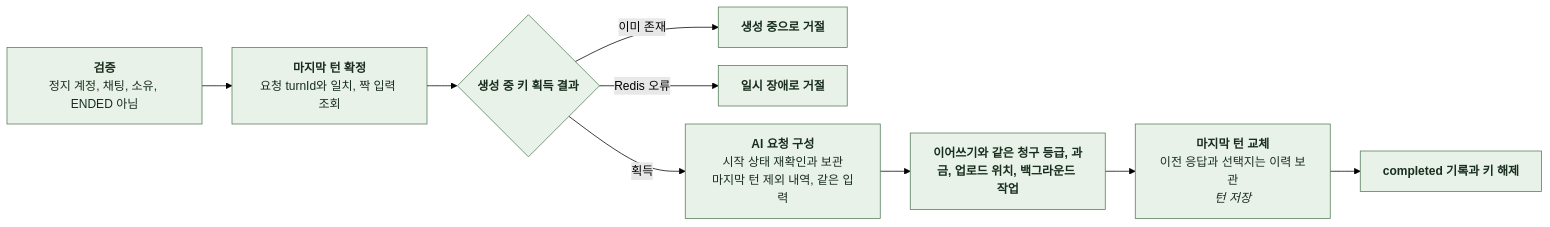
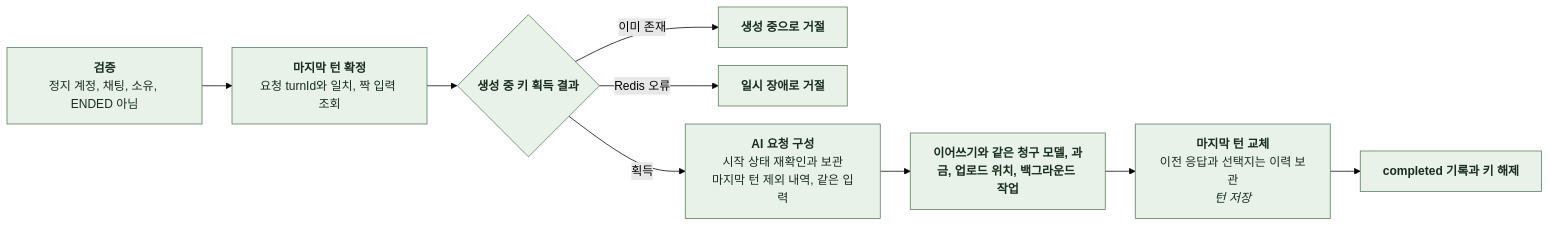
The sixth of 15 diagrams in docs/domain/CHAT/BACKEND/4-1-PIPELINES.md (KIM-N-KANG/knk-harness), drawn with Mermaid (forest theme) before and after one commit. The commit also changed other lines of this file and 24 other files, not shown here.

````diff
--- a/docs/domain/CHAT/BACKEND/4-1-PIPELINES.md
+++ b/docs/domain/CHAT/BACKEND/4-1-PIPELINES.md
@@ -357,20 +357,20 @@
 ```mermaid
 %%{init: {"flowchart": {"curve": "basis", "nodeSpacing": 24, "rankSpacing": 40}}}%%
 flowchart LR
     A["`**검증**
 정지 계정, 채팅, 소유, ENDED 아님`"] --> B["`**마지막 턴 확정**
 요청 turnId와 일치, 짝 입력 조회`"]
     B --> L{"`**생성 중 키 획득 결과**`"}
     L -->|이미 존재| Z["`**생성 중으로 거절**`"]
     L -->|Redis 오류| W["`**일시 장애로 거절**`"]
     L -->|획득| C["`**AI 요청 구성**
 시작 상태 재확인과 보관
 마지막 턴 제외 내역, 같은 입력`"]
-    C --> D["`**이어쓰기와 같은 청구 등급, 과금, 업로드 위치, 백그라운드 작업**`"]
+    C --> D["`**이어쓰기와 같은 청구 모델, 과금, 업로드 위치, 백그라운드 작업**`"]
     D --> E["`**마지막 턴 교체**
 이전 응답과 선택지는 이력 보관
 *턴 저장*`"]
     E --> F["`**completed 기록과 키 해제**`"]
     classDef comp fill:#E8F2E8,stroke:#527A59,color:#182D1D
     class A,B,L,Z,W,C,D,E,F comp
 ```
````
